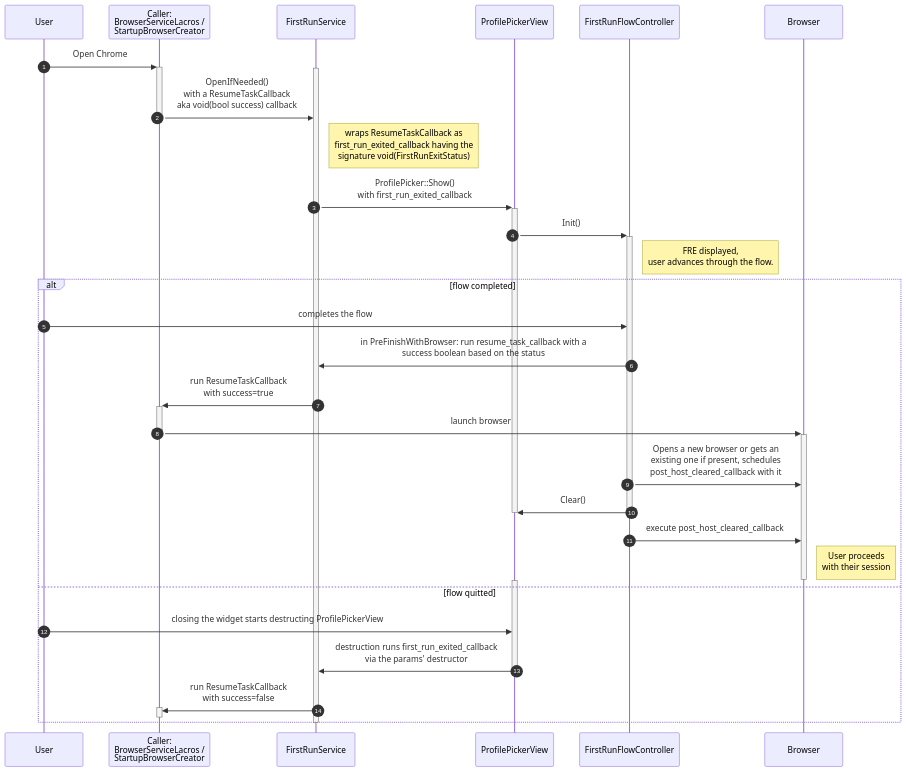
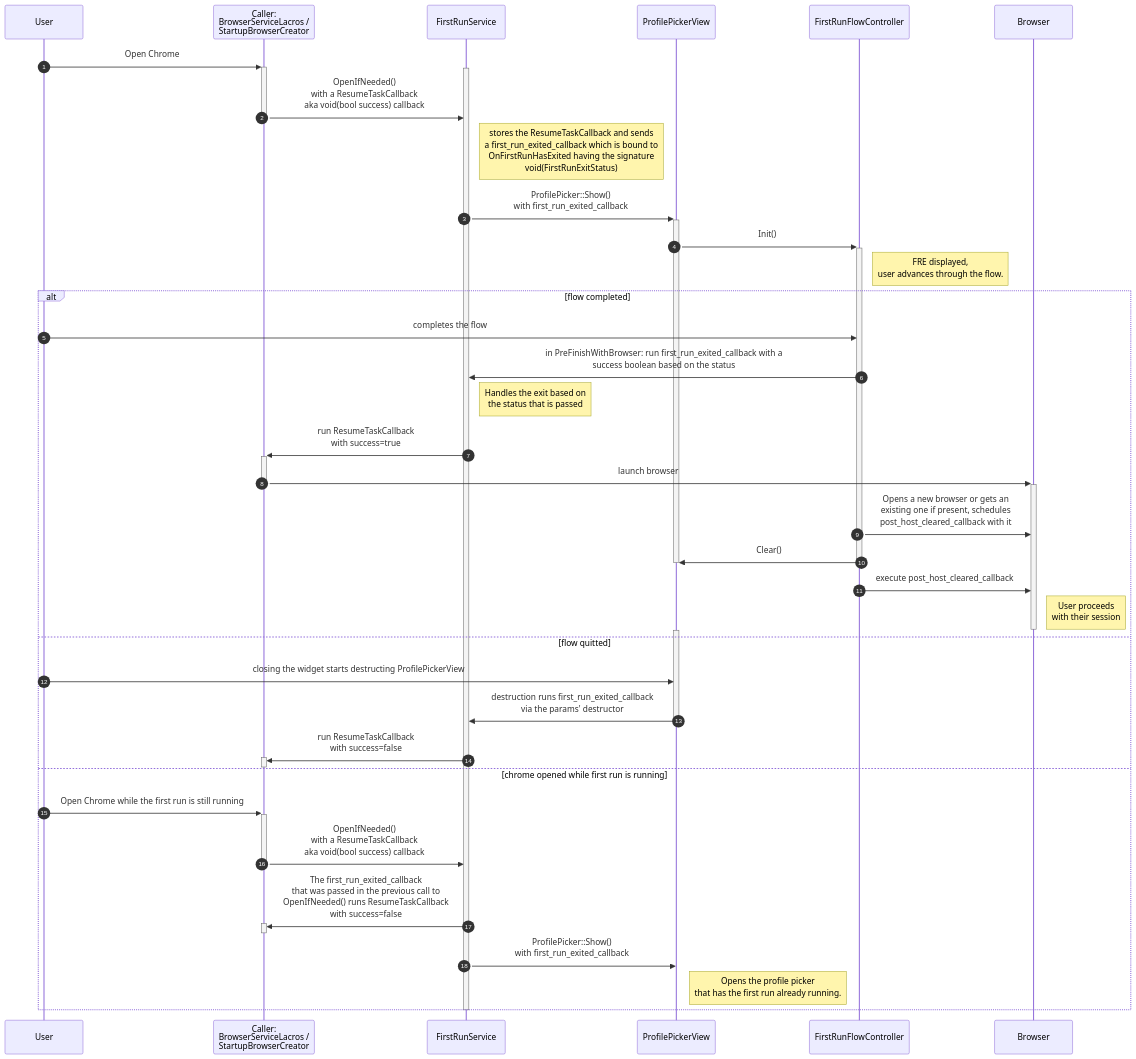
One commit to benji-cannot-code/fast-vc-chromium-benchmark-run-4 changed the diagram in chrome/browser/ui/views/profiles/profile_management.md. Above: the diagram before and after it, drawn with Mermaid. The commit also changed 8 other files, not shown here.

First line of the commit message:
[fyfre]Block browser launch when first run is running on Mac

````diff
--- a/chrome/browser/ui/views/profiles/profile_management.md
+++ b/chrome/browser/ui/views/profiles/profile_management.md
@@ -17,43 +17,52 @@
 ```mermaid
 sequenceDiagram
     autonumber
 
     participant User
     participant Caller as Caller:<br/>BrowserServiceLacros /<br/>StartupBrowserCreator
     participant FRS as FirstRunService
     participant PPV as ProfilePickerView
     participant FC as FirstRunFlowController
 
     User->>+Caller: Open Chrome
     activate FRS
     Caller->>FRS: OpenIfNeeded()<br/>with a ResumeTaskCallback<br/>aka void(bool success) callback
     deactivate Caller
-    note right of FRS: wraps ResumeTaskCallback as<br/>first_run_exited_callback having the<br/>signature void(FirstRunExitStatus)
+    note right of FRS: stores the ResumeTaskCallback and sends<br/> a first_run_exited_callback which is bound to <br/>OnFirstRunHasExited having the signature<br/>void(FirstRunExitStatus)
     FRS->>+PPV: ProfilePicker::Show()<br/>with first_run_exited_callback
     PPV->>+FC: Init()
     Note right of FC: FRE displayed,<br/>user advances through the flow.
 
     alt flow completed
       User->>FC: completes the flow
-      FC->>FRS: in PreFinishWithBrowser: run resume_task_callback with a<br/>success boolean based on the status
+      FC->>FRS: in PreFinishWithBrowser: run first_run_exited_callback with a<br/>success boolean based on the status
+      Note right of FRS: Handles the exit based on <br/>the status that is passed
       FRS->>+Caller: run ResumeTaskCallback<br/>with success=true
       Caller->>+Browser: launch browser
       deactivate Caller
       FC->>Browser: Opens a new browser or gets an<br/>existing one if present, schedules<br/>post_host_cleared_callback with it
       FC->>PPV: Clear()
       deactivate PPV
       deactivate FC
       FC->>Browser: execute post_host_cleared_callback
       note right of Browser: User proceeds<br/>with their session
       deactivate Browser
       activate PPV
     else flow quitted
       User->>PPV: closing the widget starts destructing ProfilePickerView
       PPV->>FRS: destruction runs first_run_exited_callback<br/>via the params' destructor
       deactivate PPV
       FRS->>+Caller: run ResumeTaskCallback<br/>with success=false
       deactivate Caller
+    else chrome opened while first run is running
+      User->>+Caller: Open Chrome while the first run is still running
+      Caller->>FRS: OpenIfNeeded()<br/>with a ResumeTaskCallback<br/>aka void(bool success) callback
+      deactivate Caller
+      FRS->>+Caller: The first_run_exited_callback<br/>that was passed in the previous call to<br/>OpenIfNeeded() runs ResumeTaskCallback<br/> with success=false
+      deactivate Caller
+      FRS->>PPV: ProfilePicker::Show()<br/>with first_run_exited_callback
+      Note right of PPV: Opens the profile picker<br/> that has the first run already running.
     end
 
     deactivate FRS
 ```
````
